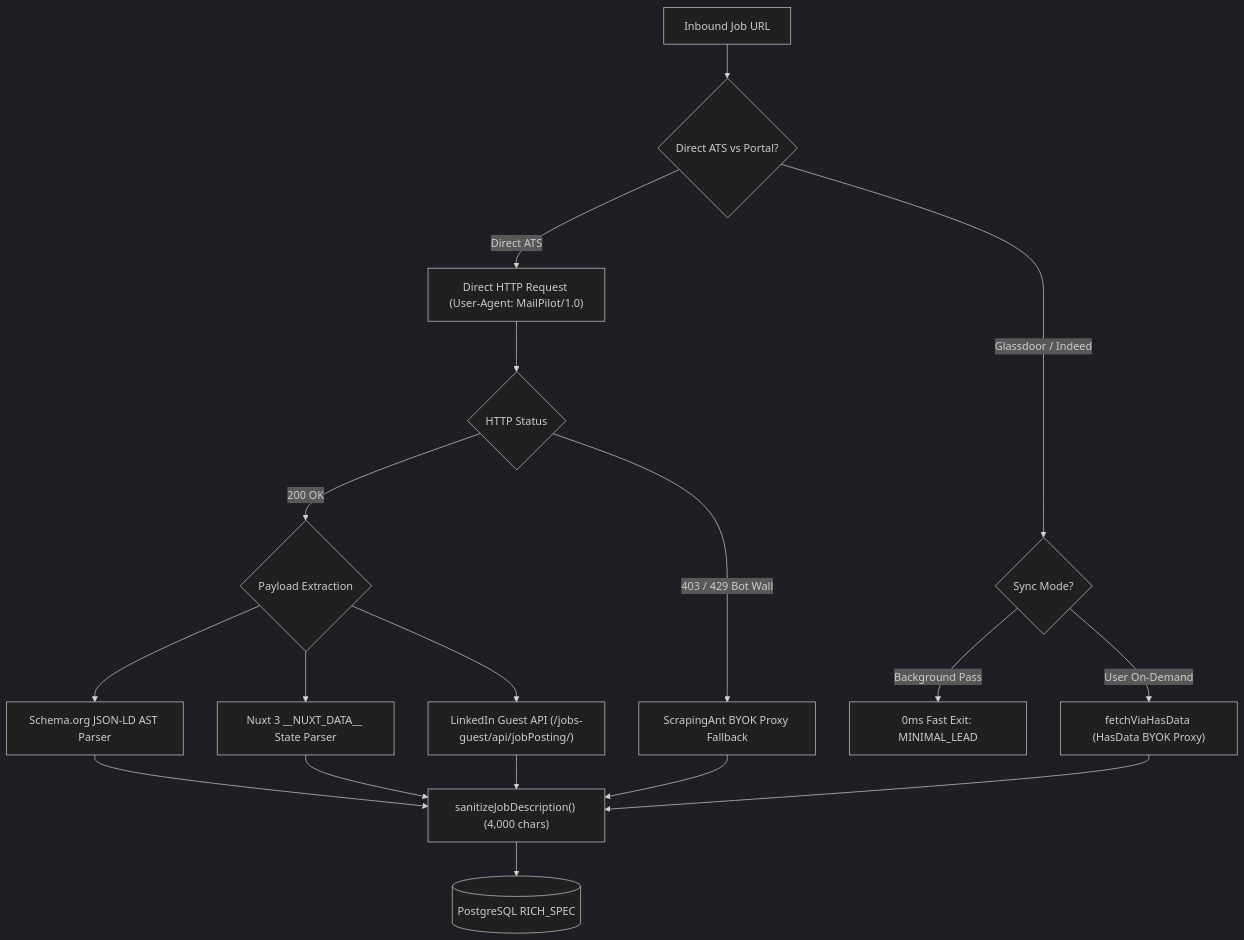
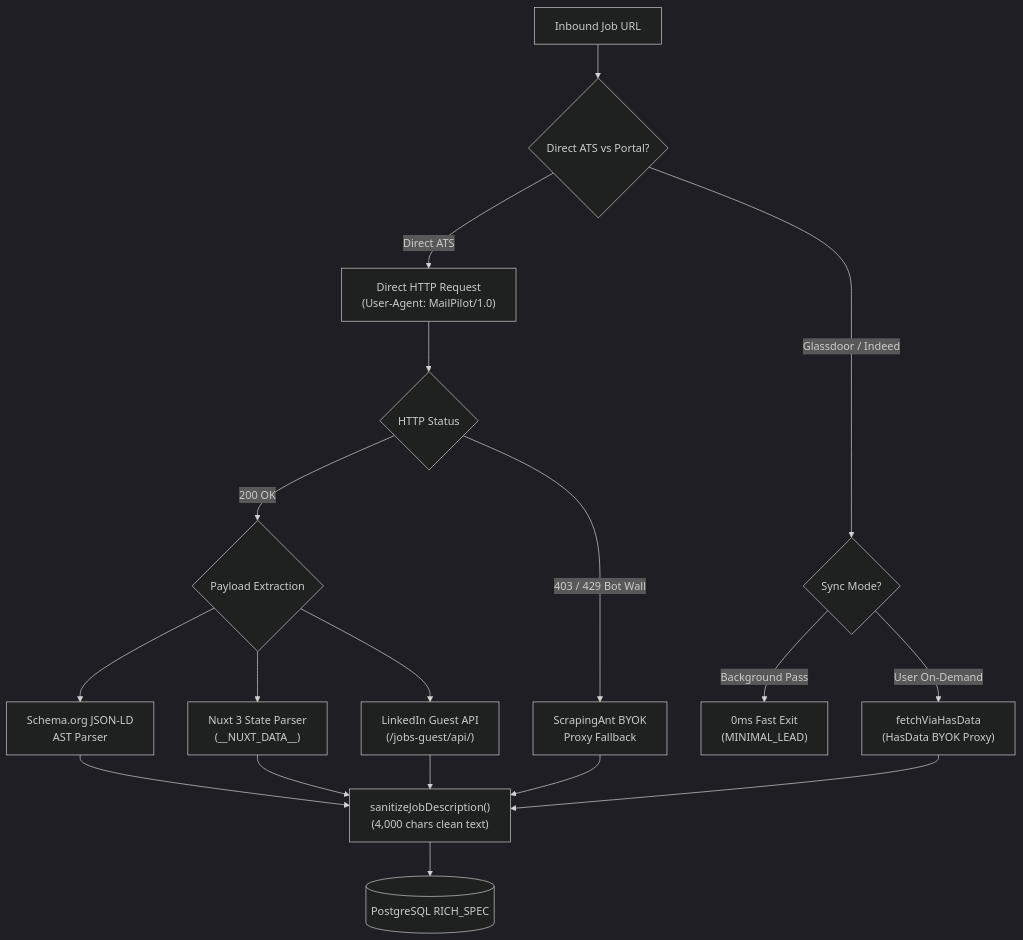
One commit to Marqlo-C/mailpilot changed the second of 4 diagrams in README.md. Above: the diagram before and after it, drawn with Mermaid (dark theme). The commit also changed other lines of this file, not shown here.

Commit message:
docs(readme): wrap mermaid node labels and convert tailoring flowchart to TD for responsive rendering

````diff
--- a/README.md
+++ b/README.md
@@ -379,20 +379,20 @@
 ```mermaid
 flowchart TD
   URL["Inbound Job URL"] --> PROTO{"Direct ATS vs Portal?"}
-  PROTO -->|Direct ATS| DIRECT["Direct HTTP Request (User-Agent: MailPilot/1.0)"]
+  PROTO -->|Direct ATS| DIRECT["Direct HTTP Request<br/>(User-Agent: MailPilot/1.0)"]
   PROTO -->|Glassdoor / Indeed| GATE{"Sync Mode?"}
 
-  GATE -->|Background Pass| MIN["0ms Fast Exit: MINIMAL_LEAD"]
-  GATE -->|User On-Demand| HASDATA["fetchViaHasData (HasData BYOK Proxy)"]
+  GATE -->|Background Pass| MIN["0ms Fast Exit<br/>(MINIMAL_LEAD)"]
+  GATE -->|User On-Demand| HASDATA["fetchViaHasData<br/>(HasData BYOK Proxy)"]
 
   DIRECT --> STATUS{"HTTP Status"}
   STATUS -->|200 OK| PARSE{"Payload Extraction"}
-  STATUS -->|403 / 429 Bot Wall| SCRAPINGANT["ScrapingAnt BYOK Proxy Fallback"]
+  STATUS -->|403 / 429 Bot Wall| SCRAPINGANT["ScrapingAnt BYOK<br/>Proxy Fallback"]
 
-  PARSE --> JLD["Schema.org JSON-LD AST Parser"]
-  PARSE --> NUXT["Nuxt 3 __NUXT_DATA__ State Parser"]
-  PARSE --> LI["LinkedIn Guest API (/jobs-guest/api/jobPosting/)"]
+  PARSE --> JLD["Schema.org JSON-LD<br/>AST Parser"]
+  PARSE --> NUXT["Nuxt 3 State Parser<br/>(__NUXT_DATA__)"]
+  PARSE --> LI["LinkedIn Guest API<br/>(/jobs-guest/api/)"]
 
-  JLD & NUXT & LI & HASDATA & SCRAPINGANT --> SANITIZE["sanitizeJobDescription() (4,000 chars)"]
+  JLD & NUXT & LI & HASDATA & SCRAPINGANT --> SANITIZE["sanitizeJobDescription()<br/>(4,000 chars clean text)"]
   SANITIZE --> DB[("PostgreSQL RICH_SPEC")]
 ```
````
